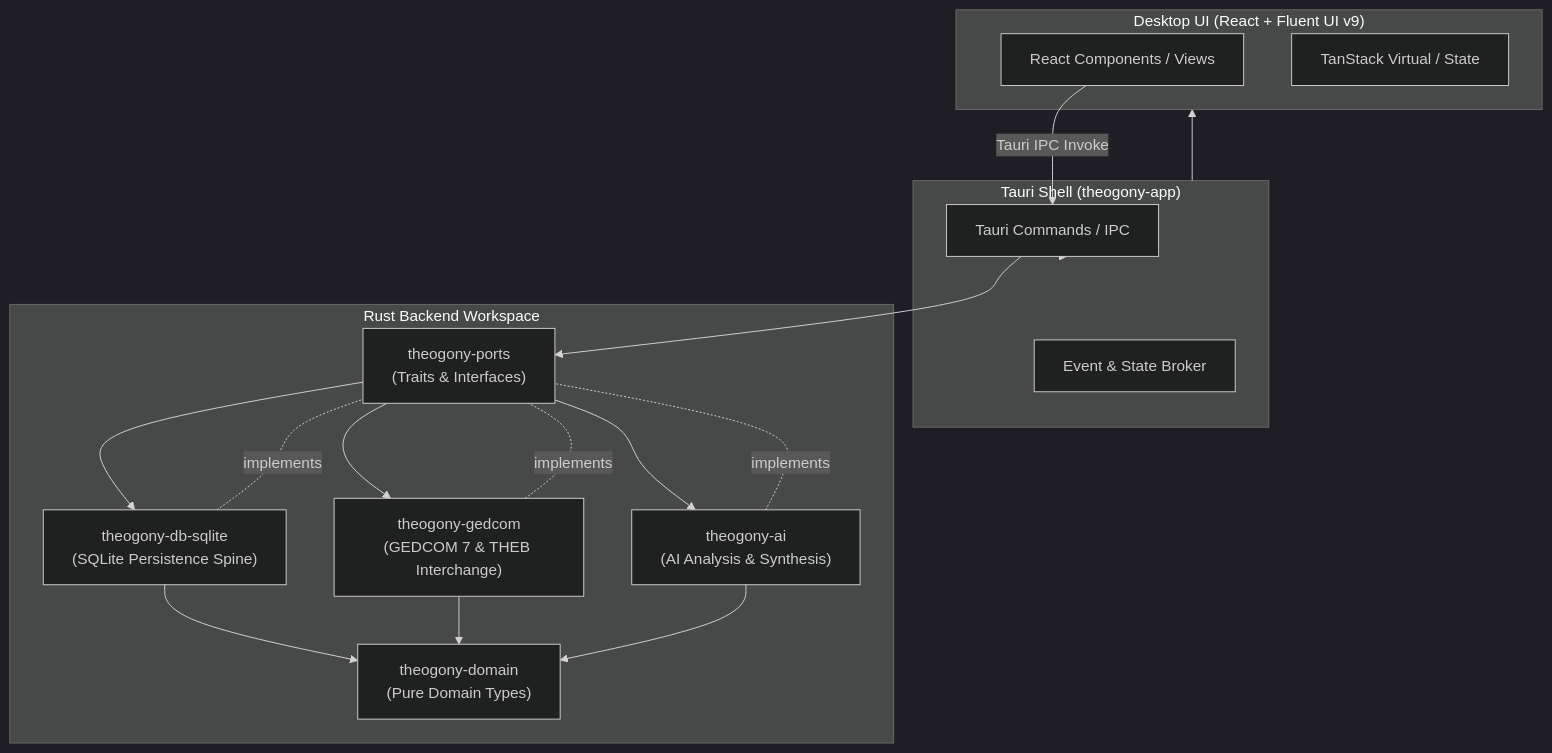
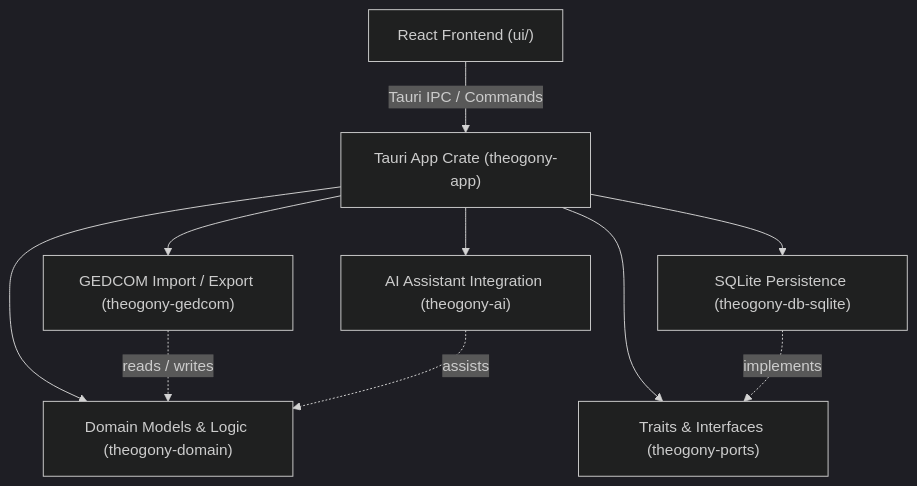
Before and after one commit to alerum68/Theogony: the diagram in openwiki/architecture/system-overview.md, drawn with Mermaid (dark theme). The commit also changed other lines of this file and 25 other files, not shown here.

````diff
--- a/openwiki/architecture/system-overview.md
+++ b/openwiki/architecture/system-overview.md
@@ -19,34 +31,12 @@
 ```mermaid
 graph TD
-    subgraph UI ["Desktop UI (React + Fluent UI v9)"]
-        React[React Components / Views]
-        TanStack[TanStack Virtual / State]
-    end
-
-    subgraph Tauri ["Tauri Shell (theogony-app)"]
-        Commands[Tauri Commands / IPC]
-        Events[Event & State Broker]
-    end
-
-    subgraph Backend ["Rust Backend Workspace"]
-        Ports["theogony-ports\n(Traits & Interfaces)"]
-        Domain["theogony-domain\n(Pure Domain Types)"]
-        DB["theogony-db-sqlite\n(SQLite Persistence Spine)"]
-        Gedcom["theogony-gedcom\n(GEDCOM 7 & THEB Interchange)"]
-        AI["theogony-ai\n(AI Analysis & Synthesis)"]
-    end
-
-    React -->|Tauri IPC Invoke| Commands
-    Commands --> Ports
-    Ports --> DB
-    Ports --> Gedcom
-    Ports --> AI
-    DB -. implements .- Ports
-    Gedcom -. implements .- Ports
-    AI -. implements .- Ports
-    DB --> Domain
-    Gedcom --> Domain
-    AI --> Domain
-    Commands --> Tauri
-    Tauri --> UI
+    UI["React Frontend (ui/)"] -->|"Tauri IPC / Commands"| App["Tauri App Crate (theogony-app)"]
+    App --> Domain["Domain Models & Logic (theogony-domain)"]
+    App --> Ports["Traits & Interfaces (theogony-ports)"]
+    App --> DB["SQLite Persistence (theogony-db-sqlite)"]
+    App --> GEDCOM["GEDCOM Import / Export (theogony-gedcom)"]
+    App --> AI["AI Assistant Integration (theogony-ai)"]
+    DB -. implements .-> Ports
+    GEDCOM -. reads / writes .-> Domain
+    AI -. assists .-> Domain
 ```
````
